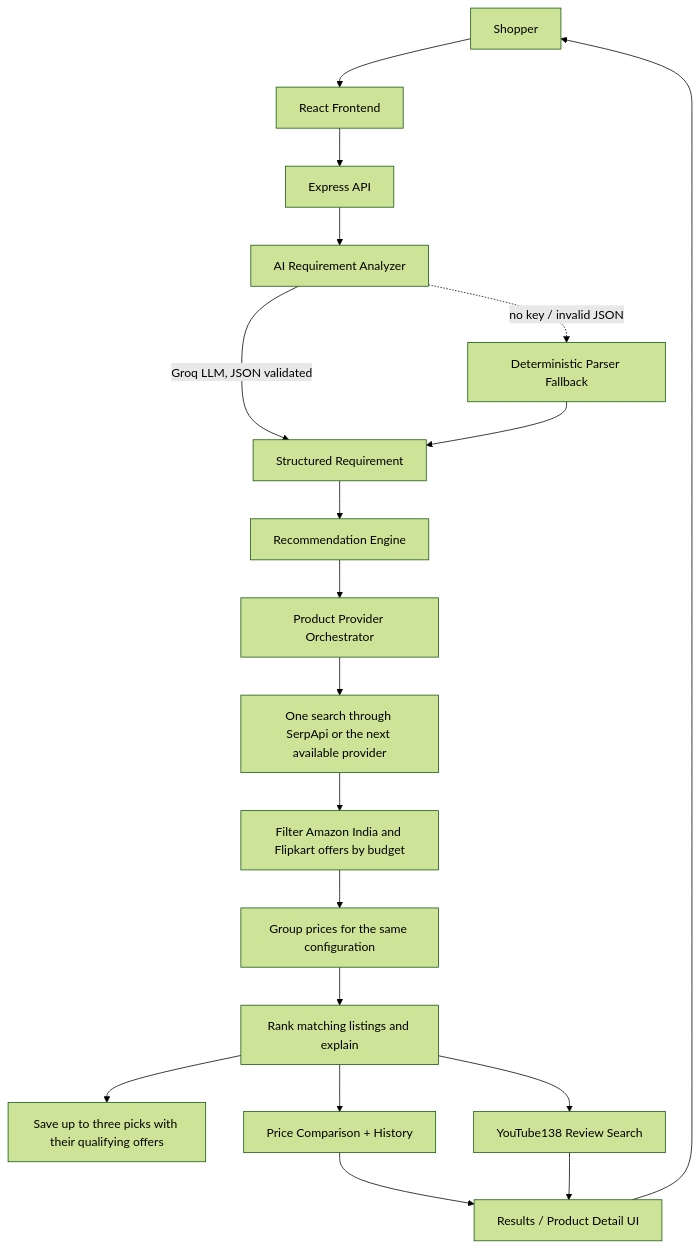
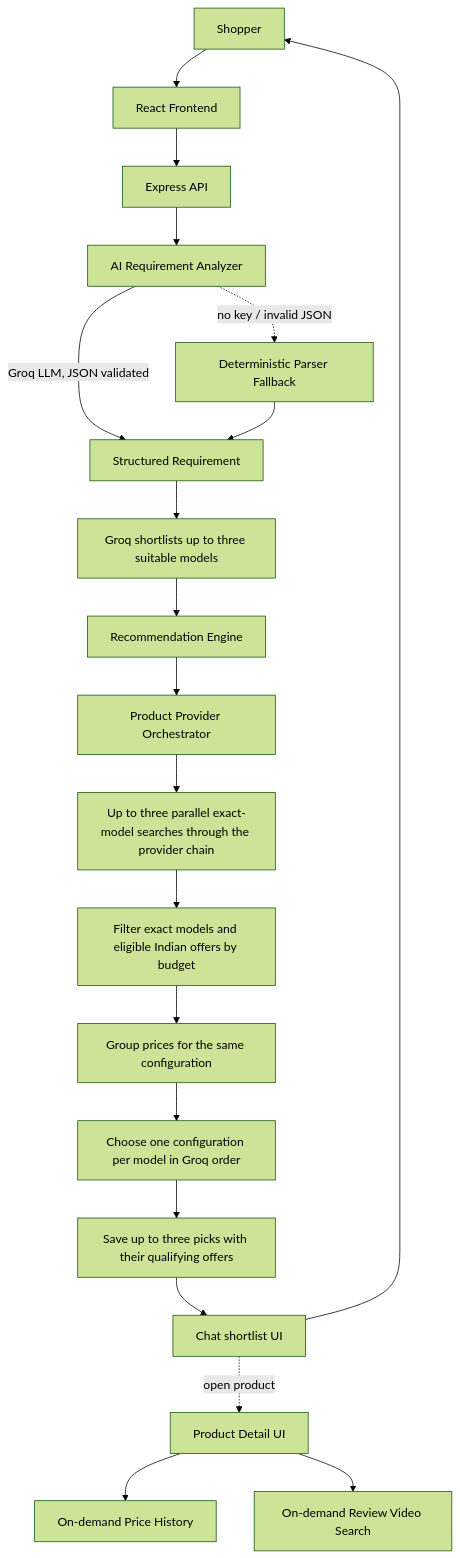
Before and after one commit to sainathreddy2003/smart-buy: the diagram in README.md, drawn with Mermaid (forest theme). The commit also changed other lines of this file and 10 other files, not shown here.

Commit message:
Shortlist product models with Groq before live shopping searches

````diff
--- a/README.md
+++ b/README.md
@@ -74,21 +74,22 @@
 ```mermaid
 graph TD
     User[Shopper] --> FE[React Frontend]
     FE --> API[Express API]
     API --> AI[AI Requirement Analyzer]
     AI -->|Groq LLM, JSON validated| Struct[Structured Requirement]
     AI -.->|no key / invalid JSON| Det[Deterministic Parser Fallback]
     Det --> Struct
-    Struct --> REC[Recommendation Engine]
+    Struct --> Shortlist[Groq shortlists up to three suitable models]
+    Shortlist --> REC[Recommendation Engine]
     REC --> PROV[Product Provider Orchestrator]
-    PROV --> Chain[One search through SerpApi or the next available provider]
-    Chain --> Budget[Filter Amazon India and Flipkart offers by budget]
+    PROV --> Chain[Up to three parallel exact-model searches through the provider chain]
+    Chain --> Budget[Filter exact models and eligible Indian offers by budget]
     Budget --> Quotes[Group prices for the same configuration]
-    Quotes --> Score[Rank matching listings and explain]
+    Quotes --> Score[Choose one configuration per model in Groq order]
     Score --> Persist[Save up to three picks with their qualifying offers]
-    Score --> Price[Price Comparison + History]
-    Score --> YT[YouTube138 Review Search]
-    Price --> Results[Results / Product Detail UI]
-    YT --> Results
+    Persist --> Results[Chat shortlist UI]
     Results --> User
+    Results -.->|open product| Detail[Product Detail UI]
+    Detail --> Price[On-demand Price History]
+    Detail --> YT[On-demand Review Video Search]
 ```
````
